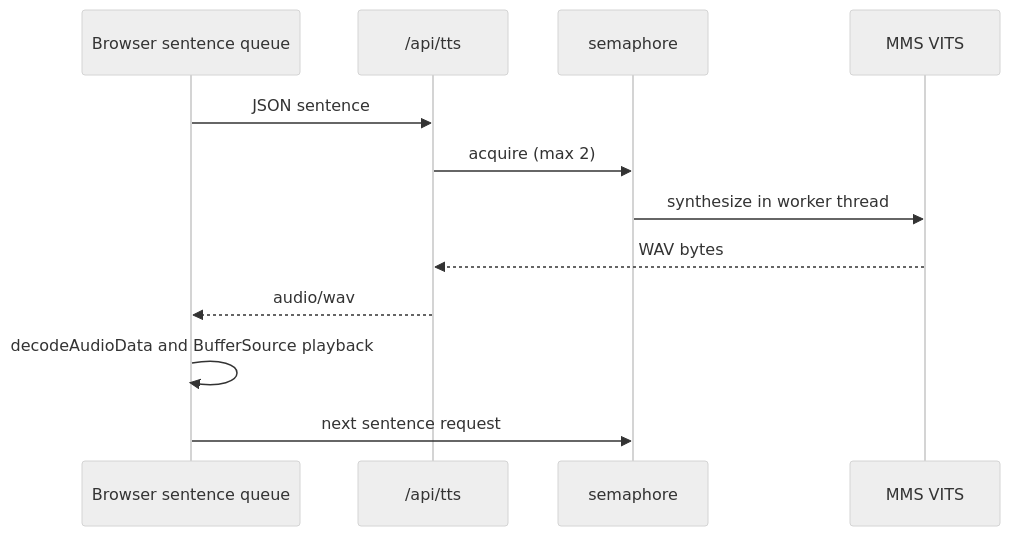
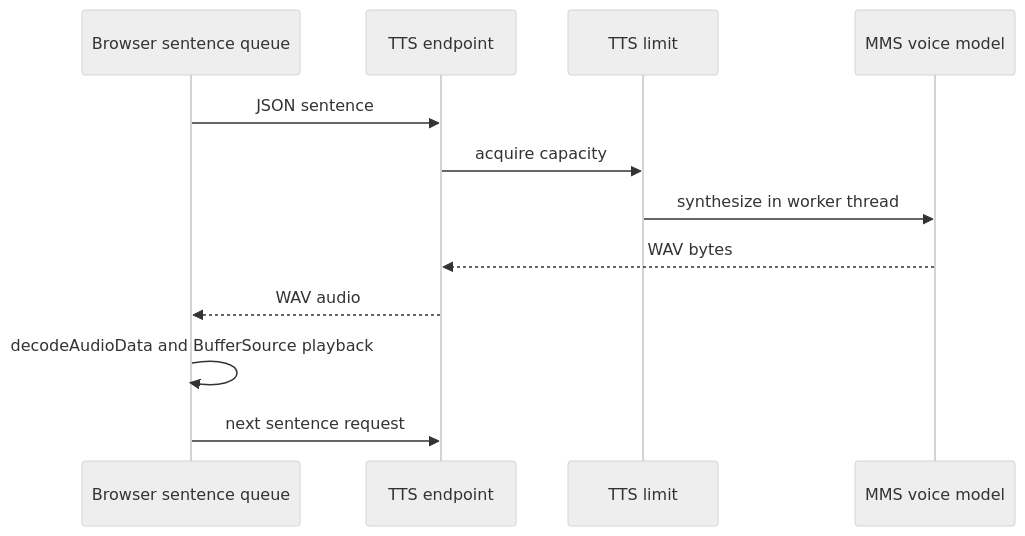
The diagram in docs/08-text-to-speech-and-audio-playback.md (shantan1213/voice-pilot), drawn with Mermaid (neutral theme) before and after one commit. The commit also changed 8 other files, not shown here.

Commit message:
Normalize all Mermaid diagrams for GitHub

````diff
--- a/docs/08-text-to-speech-and-audio-playback.md
+++ b/docs/08-text-to-speech-and-audio-playback.md
@@ -7,14 +7,14 @@
 ```mermaid
 sequenceDiagram
   participant B as Browser sentence queue
-  participant F as /api/tts
-  participant S as semaphore
-  participant M as MMS VITS
-  B->>F: JSON sentence
-  F->>S: acquire (max 2)
-  S->>M: synthesize in worker thread
-  M-->>F: WAV bytes
-  F-->>B: audio/wav
+  participant API as TTS endpoint
+  participant LIMIT as TTS limit
+  participant MMS as MMS voice model
+  B->>API: JSON sentence
+  API->>LIMIT: acquire capacity
+  LIMIT->>MMS: synthesize in worker thread
+  MMS-->>API: WAV bytes
+  API-->>B: WAV audio
   B->>B: decodeAudioData and BufferSource playback
-  B->>S: next sentence request
+  B->>API: next sentence request
 ```
````
